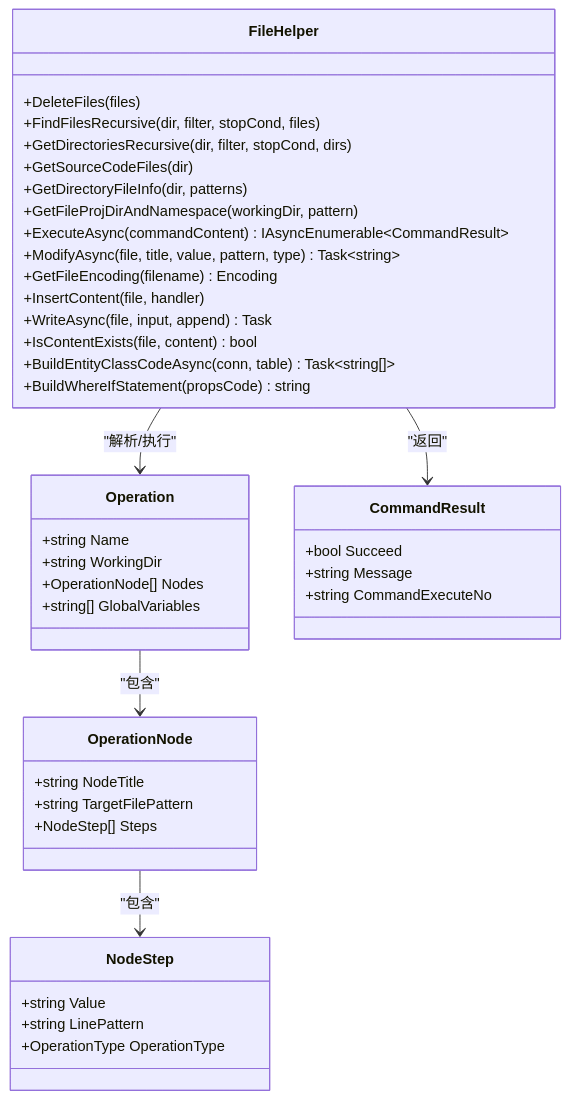
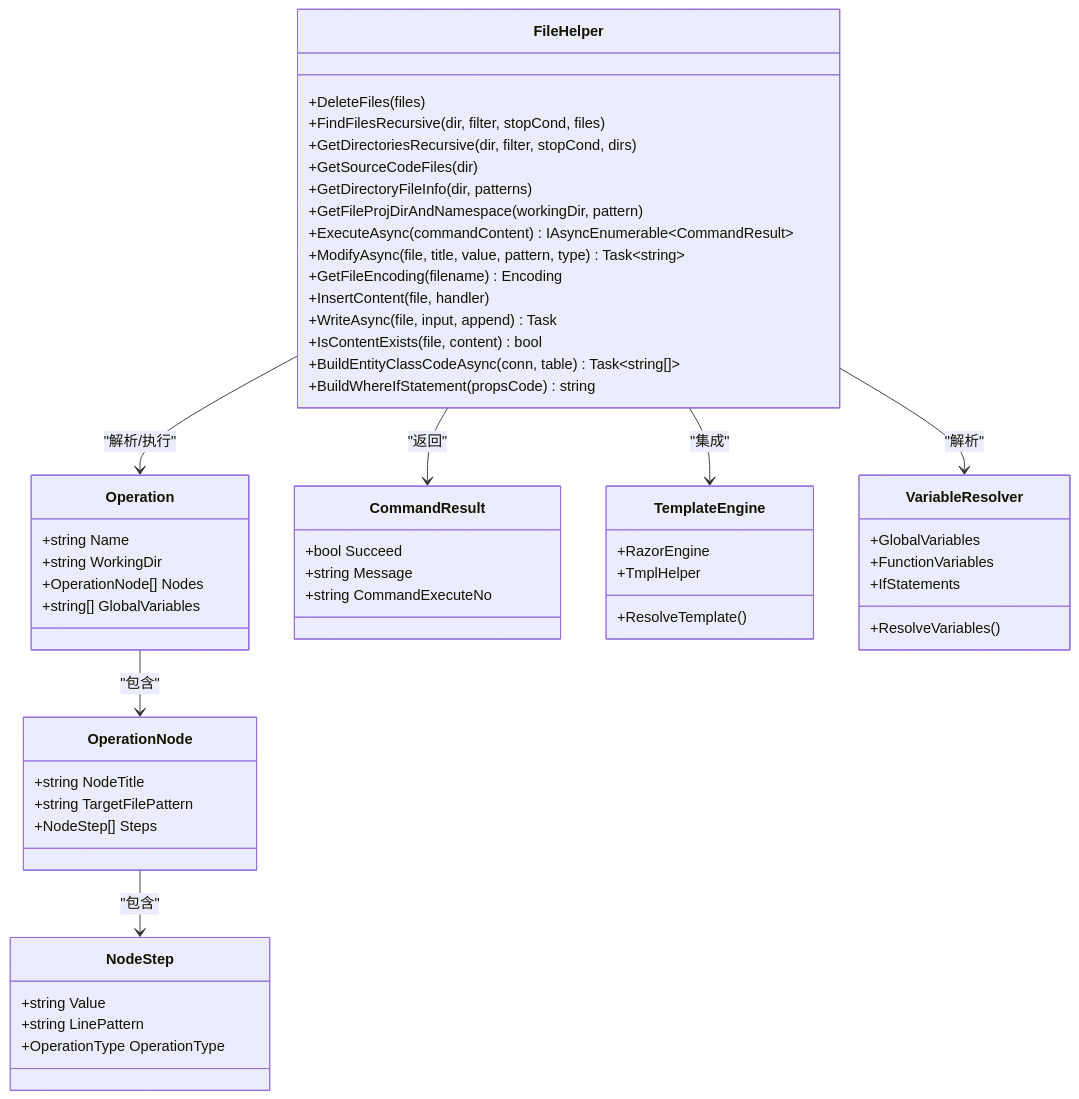
One commit to Sosososolong/AirGo changed the second of 7 diagrams in .qoder/repowiki/zh/content/项目概述/核心特性/工具库系统/文件操作工具/文件操作工具.md. Above: the diagram before and after it, drawn with Mermaid. The commit also changed other lines of this file and 3 other files, not shown here.

````diff
--- a/.qoder/repowiki/zh/content/项目概述/核心特性/工具库系统/文件操作工具/文件操作工具.md
+++ b/.qoder/repowiki/zh/content/项目概述/核心特性/工具库系统/文件操作工具/文件操作工具.md
@@ -91,44 +109,57 @@
 ```mermaid
 classDiagram
 class FileHelper {
 +DeleteFiles(files)
 +FindFilesRecursive(dir, filter, stopCond, files)
 +GetDirectoriesRecursive(dir, filter, stopCond, dirs)
 +GetSourceCodeFiles(dir)
 +GetDirectoryFileInfo(dir, patterns)
 +GetFileProjDirAndNamespace(workingDir, pattern)
 +ExecuteAsync(commandContent) IAsyncEnumerable~CommandResult~
 +ModifyAsync(file, title, value, pattern, type) Task~string~
 +GetFileEncoding(filename) Encoding
 +InsertContent(file, handler)
 +WriteAsync(file, input, append) Task
 +IsContentExists(file, content) bool
 +BuildEntityClassCodeAsync(conn, table) Task~string[]~
 +BuildWhereIfStatement(propsCode) string
 }
 class Operation {
 +string Name
 +string WorkingDir
 +OperationNode[] Nodes
 +string[] GlobalVariables
 }
 class OperationNode {
 +string NodeTitle
 +string TargetFilePattern
 +NodeStep[] Steps
 }
 class NodeStep {
 +string Value
 +string LinePattern
 +OperationType OperationType
 }
 class CommandResult {
 +bool Succeed
 +string Message
 +string CommandExecuteNo
 }
+class TemplateEngine {
++RazorEngine
++TmplHelper
++ResolveTemplate()
+}
+class VariableResolver {
++GlobalVariables
++FunctionVariables
++IfStatements
++ResolveVariables()
+}
 FileHelper --> Operation : "解析/执行"
 Operation --> OperationNode : "包含"
 OperationNode --> NodeStep : "包含"
 FileHelper --> CommandResult : "返回"
+FileHelper --> TemplateEngine : "集成"
+FileHelper --> VariableResolver : "解析"
 ```
````
